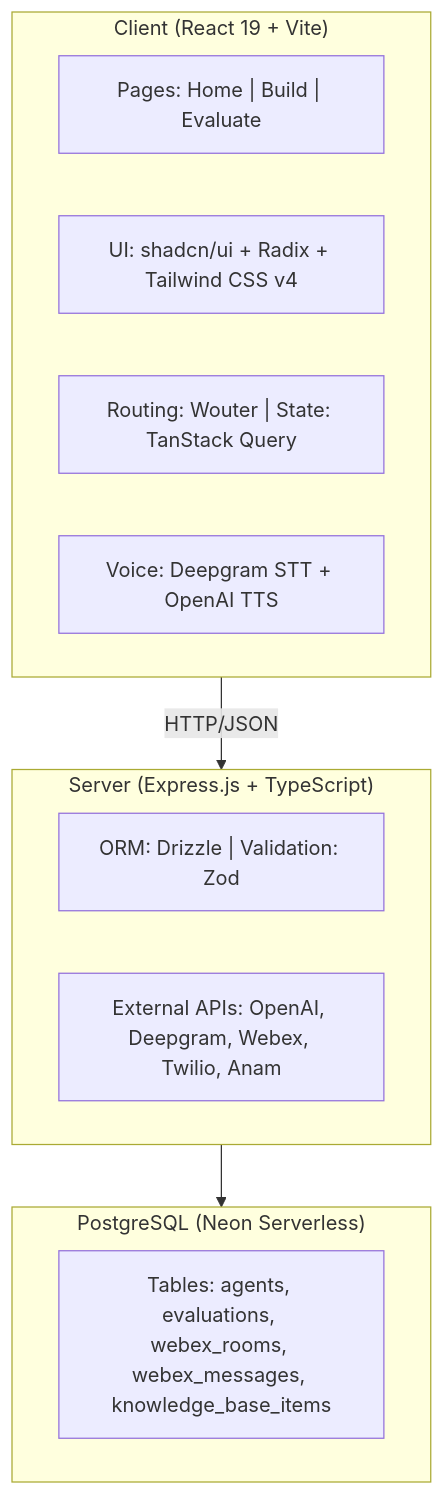
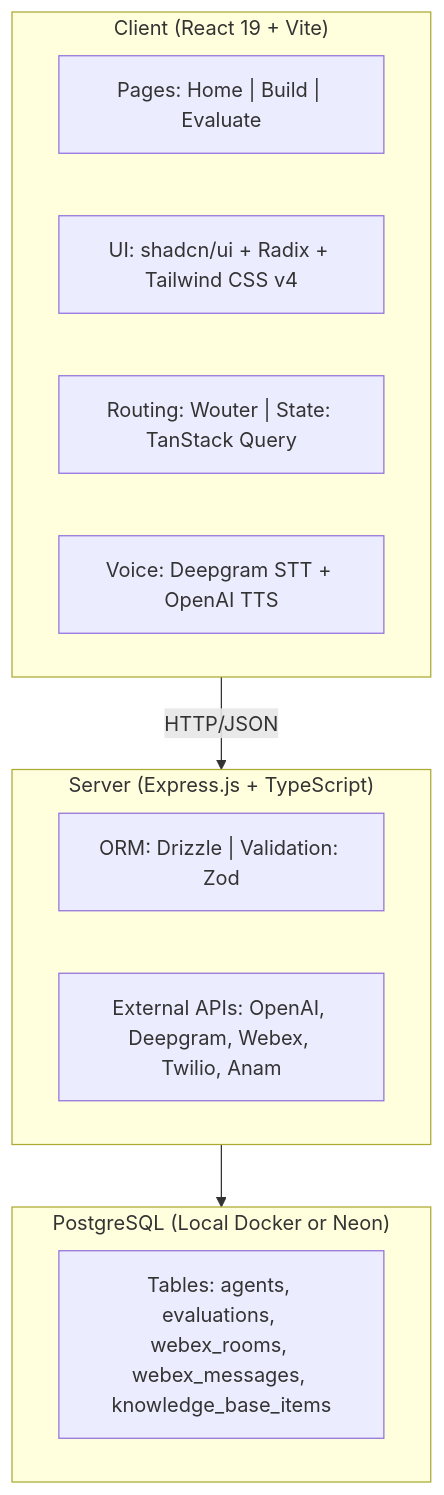
Before and after one commit to udaysrinath/Webex-Voice-Agent-Studio: the diagram in README.md, drawn with Mermaid. The commit also changed other lines of this file and 6 other files, not shown here.

First line of the commit message:
Support local PostgreSQL via Docker alongside Neon

````diff
--- a/README.md
+++ b/README.md
@@ -42,21 +42,21 @@
 ```mermaid
 graph TD
     subgraph Client["Client (React 19 + Vite)"]
         Pages["Pages: Home | Build | Evaluate"]
         UI["UI: shadcn/ui + Radix + Tailwind CSS v4"]
         Routing["Routing: Wouter | State: TanStack Query"]
         Voice["Voice: Deepgram STT + OpenAI TTS"]
     end
 
     subgraph Server["Server (Express.js + TypeScript)"]
         ORM["ORM: Drizzle | Validation: Zod"]
         APIs["External APIs: OpenAI, Deepgram, Webex, Twilio, Anam"]
     end
 
-    subgraph DB["PostgreSQL (Neon Serverless)"]
+    subgraph DB["PostgreSQL (Local Docker or Neon)"]
         Tables["Tables: agents, evaluations, webex_rooms, webex_messages, knowledge_base_items"]
     end
 
     Client -->|"HTTP/JSON"| Server
     Server --> DB
 ```
````
